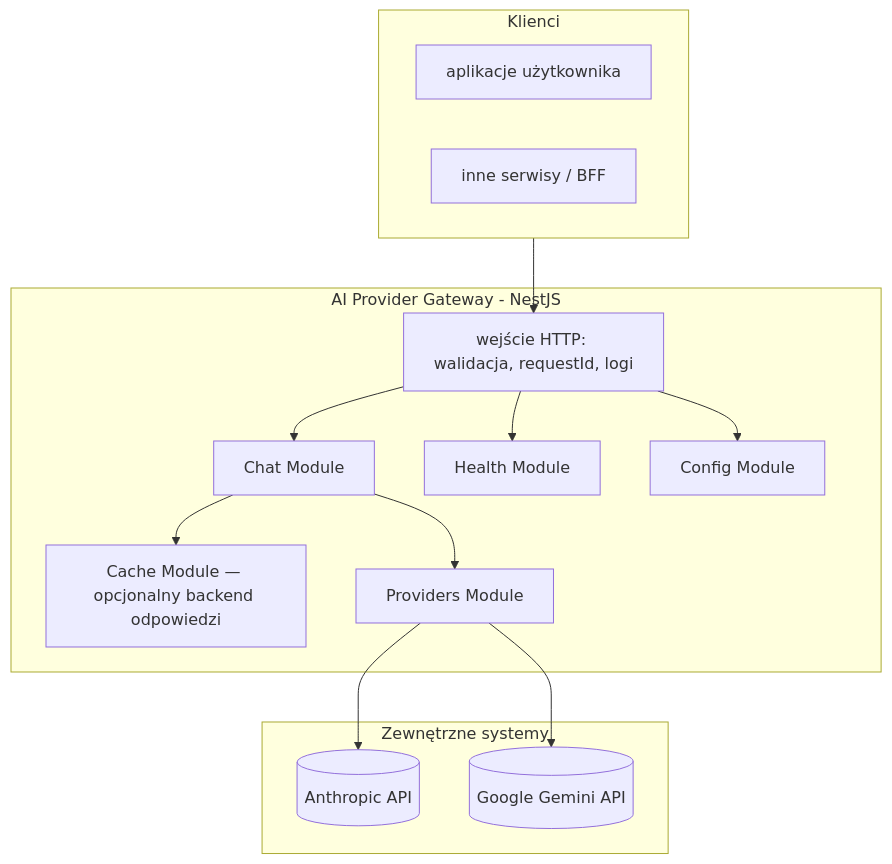
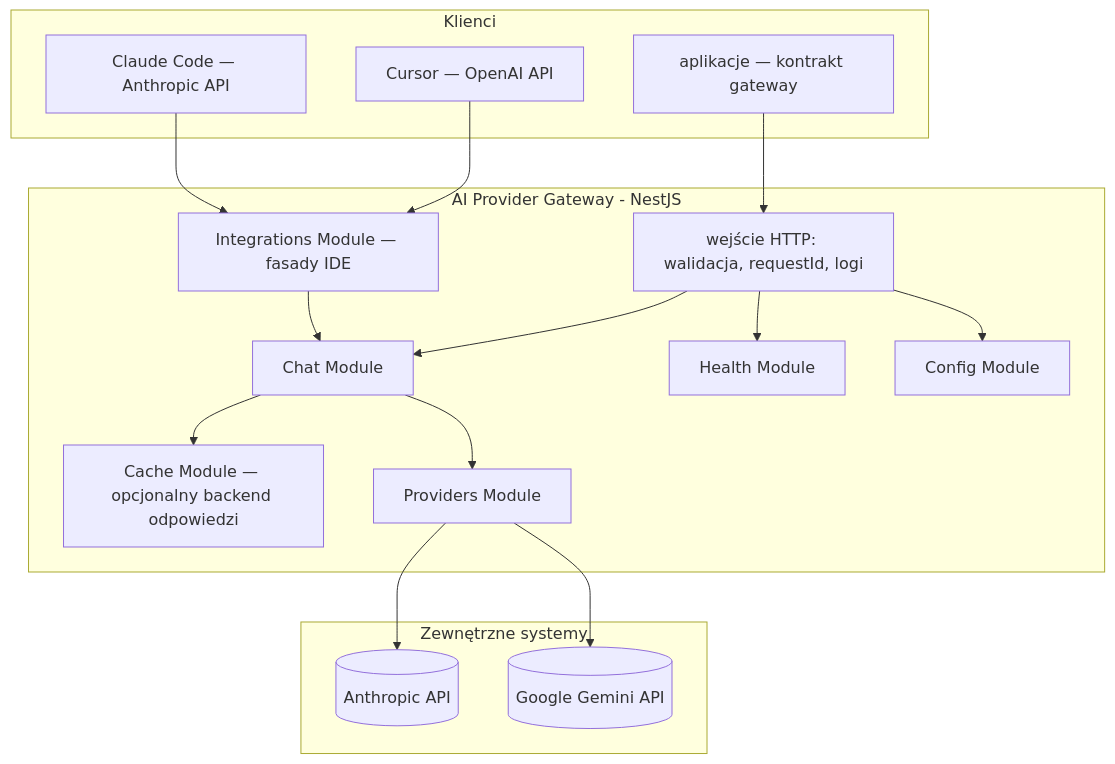
The diagram in docs/architektura.md (matej2314/ai-provider-gateway), drawn with Mermaid before and after one commit. The commit also changed other lines of this file and 54 other files, not shown here.

Commit message:
Update project documentation. Create and register  integrations module boilerplate. Implement OpenAiBearerAuthGuard and OpenAiAuth decorator.

````diff
--- a/docs/architektura.md
+++ b/docs/architektura.md
@@ -9,30 +9,35 @@
 ```mermaid
 flowchart TB
   subgraph clients [Klienci]
-    app[aplikacje użytkownika]
-    other[inne serwisy / BFF]
+    app[aplikacje — kontrakt gateway]
+    cursor[Cursor — OpenAI API]
+    claude[Claude Code — Anthropic API]
   end
 
   subgraph gw [AI Provider Gateway - NestJS]
     http[wejście HTTP: walidacja, requestId, logi]
+    integrations[Integrations Module — fasady IDE]
     chat[Chat Module]
     cache[Cache Module — opcjonalny backend odpowiedzi]
     providers[Providers Module]
     health[Health Module]
     config[Config Module]
   end
 
   subgraph external [Zewnętrzne systemy]
     anthropic[(Anthropic API)]
     google[(Google Gemini API)]
   end
 
-  clients --> http
+  app --> http
+  cursor --> integrations
+  claude --> integrations
   http --> chat
+  integrations --> chat
   chat --> cache
   chat --> providers
   http --> health
   http --> config
   providers --> anthropic
   providers --> google
 ```
````
